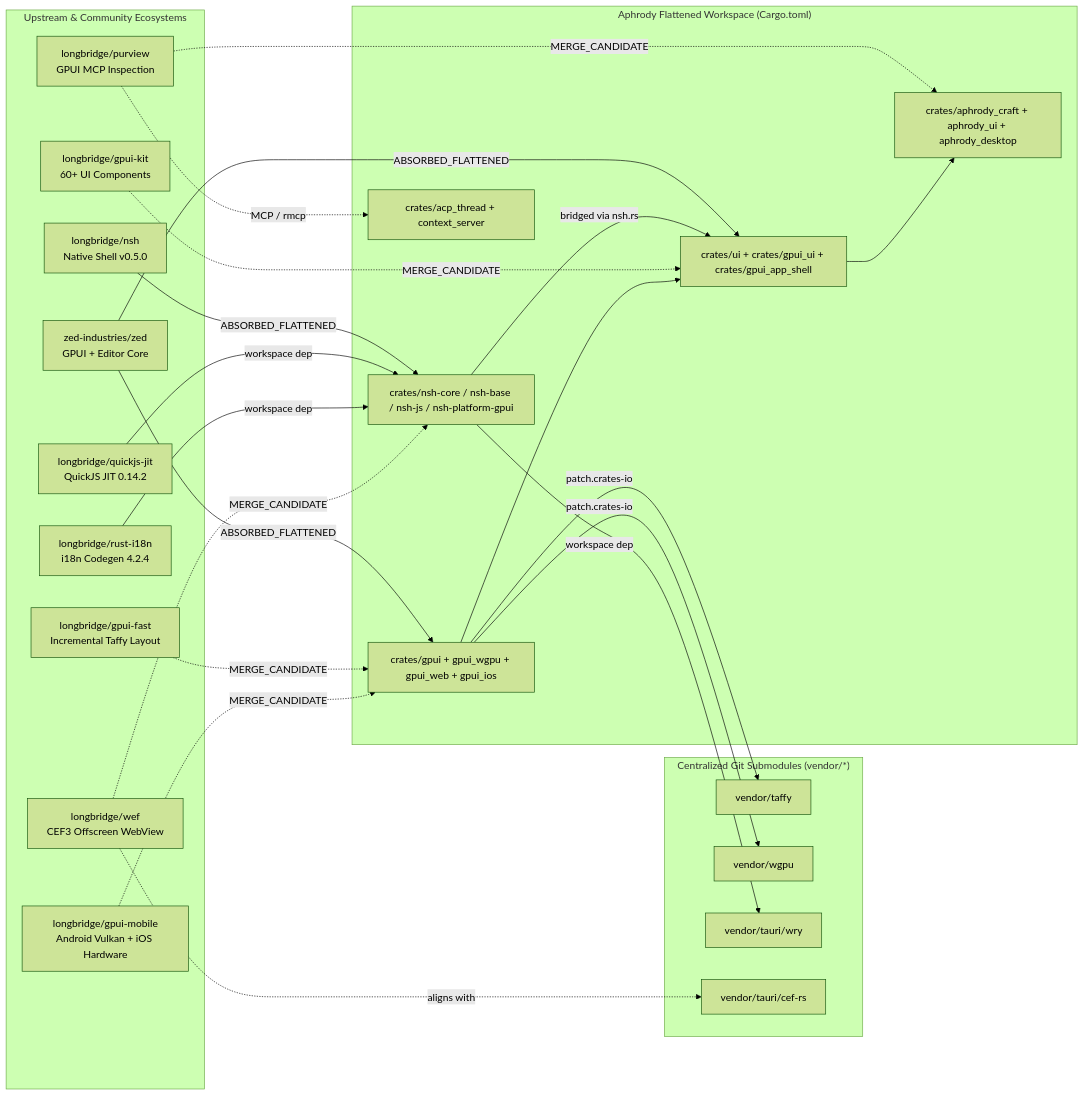
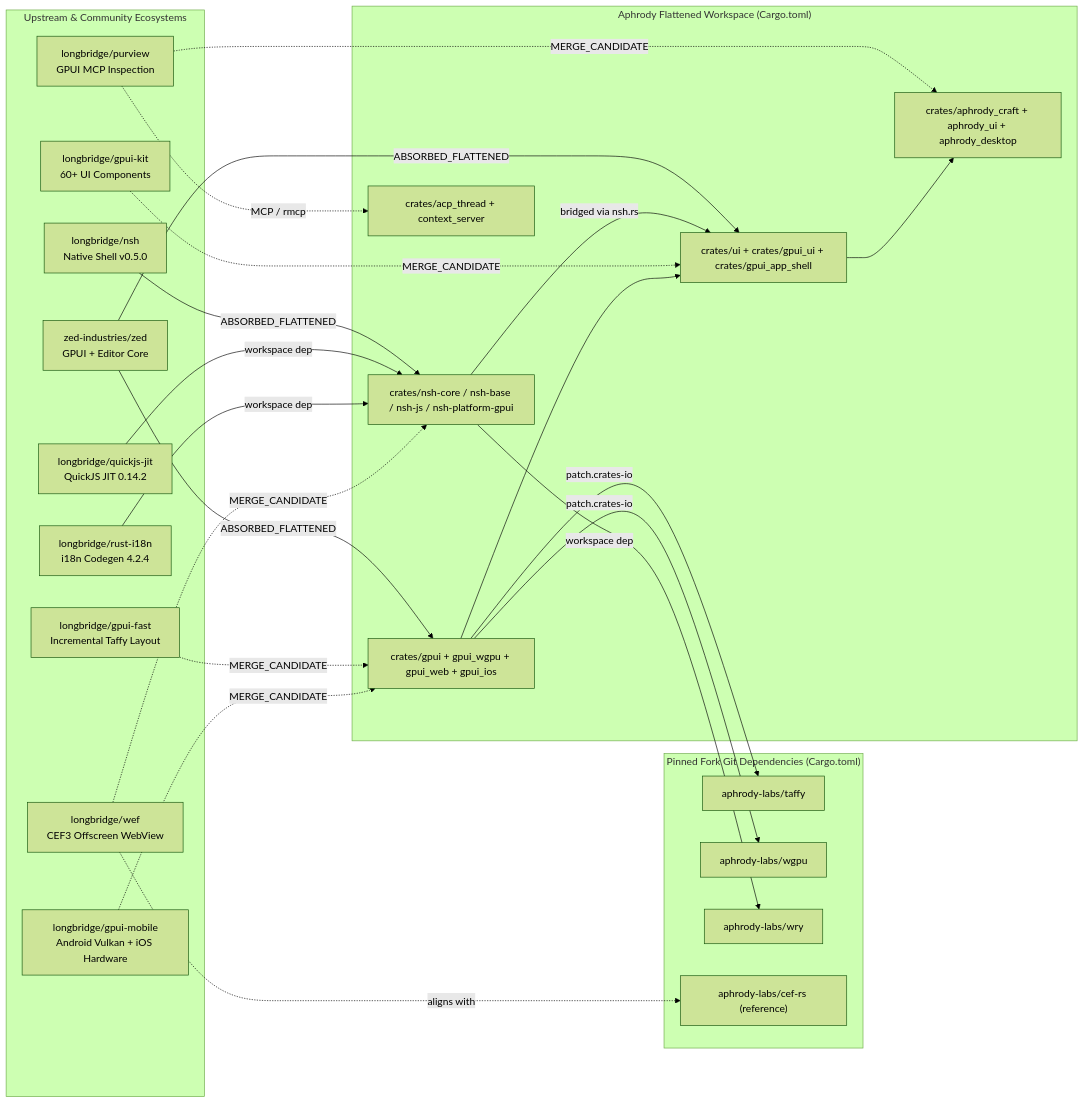
One commit to aphrody-labs/fw changed the diagram in aphrody/docs/aphrody/architecture/longbridge-gpui-unification.md. Above: the diagram before and after it, drawn with Mermaid (forest theme). The commit also changed other lines of this file and 118 other files, not shown here.

Commit message:
chore: delete skills duplicated in fw, regenerate parity and audit artifacts, rewrite fork docs for pinned git dependencies

````diff
--- a/aphrody/docs/aphrody/architecture/longbridge-gpui-unification.md
+++ b/aphrody/docs/aphrody/architecture/longbridge-gpui-unification.md
@@ -38,48 +38,48 @@
 ```mermaid
 flowchart LR
   subgraph Upstream["Upstream & Community Ecosystems"]
     ZED["zed-industries/zed<br/>GPUI + Editor Core"]
     NSH["longbridge/nsh<br/>Native Shell v0.5.0"]
     QJS["longbridge/quickjs-jit<br/>QuickJS JIT 0.14.2"]
     I18N["longbridge/rust-i18n<br/>i18n Codegen 4.2.4"]
     KIT["longbridge/gpui-kit<br/>60+ UI Components"]
     FAST["longbridge/gpui-fast<br/>Incremental Taffy Layout"]
     MOB["longbridge/gpui-mobile<br/>Android Vulkan + iOS Hardware"]
     WEF["longbridge/wef<br/>CEF3 Offscreen WebView"]
     PUR["longbridge/purview<br/>GPUI MCP Inspection"]
   end
 
-  subgraph Submodules["Centralized Git Submodules (vendor/*)"]
-    TAFFY["vendor/taffy"]
-    WGPU["vendor/wgpu"]
-    WRY["vendor/tauri/wry"]
-    CEF["vendor/tauri/cef-rs"]
+  subgraph Forks["Pinned Fork Git Dependencies (Cargo.toml)"]
+    TAFFY["aphrody-labs/taffy"]
+    WGPU["aphrody-labs/wgpu"]
+    WRY["aphrody-labs/wry"]
+    CEF["aphrody-labs/cef-rs (reference)"]
   end
 
   subgraph Core["Aphrody Flattened Workspace (Cargo.toml)"]
     GPUI["crates/gpui + gpui_wgpu + gpui_web + gpui_ios"]
     NSHC["crates/nsh-core / nsh-base / nsh-js / nsh-platform-gpui"]
     GPUIUI["crates/ui + crates/gpui_ui + crates/gpui_app_shell"]
     OSC["crates/aphrody_craft + aphrody_ui + aphrody_desktop"]
     ACP["crates/acp_thread + context_server"]
   end
 
   ZED -->|ABSORBED_FLATTENED| GPUI
   ZED -->|ABSORBED_FLATTENED| GPUIUI
   NSH -->|ABSORBED_FLATTENED| NSHC
   NSHC -->|bridged via nsh.rs| GPUIUI
   QJS -->|workspace dep| NSHC
   I18N -->|workspace dep| NSHC
   GPUI -->|patch.crates-io| TAFFY
   GPUI -->|patch.crates-io| WGPU
   NSHC -->|workspace dep| WRY
   KIT -.->|MERGE_CANDIDATE| GPUIUI
   FAST -.->|MERGE_CANDIDATE| GPUI
   MOB -.->|MERGE_CANDIDATE| GPUI
   WEF -.->|MERGE_CANDIDATE| NSHC
   WEF -.->|aligns with| CEF
   PUR -.->|MERGE_CANDIDATE| OSC
   PUR -.->|MCP / rmcp| ACP
   GPUIUI --> OSC
   GPUI --> GPUIUI
 ```
````
